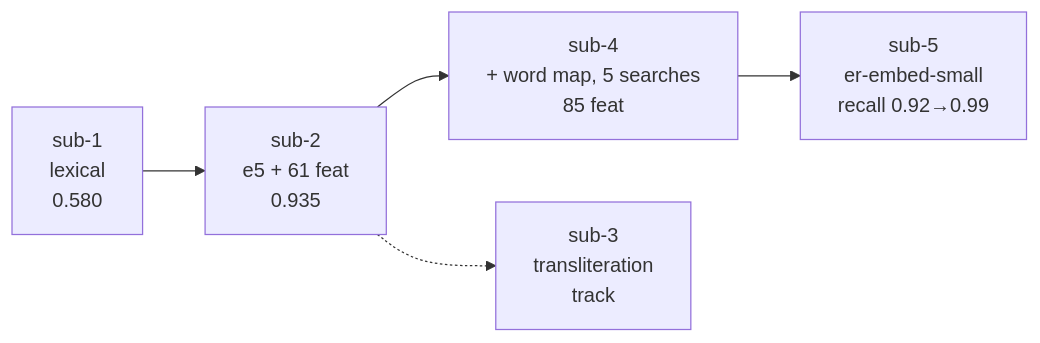
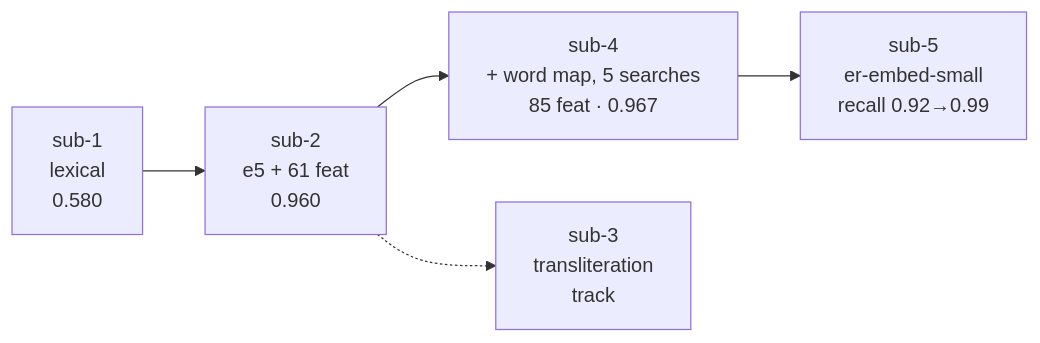
Before and after one commit to Nikunjgoyal07/Amazon-ML-Challenge-2026: the third of 3 diagrams in README.md, drawn with Mermaid. The commit also changed other lines of this file and 35 other files, not shown here.

````diff
--- a/README.md
+++ b/README.md
@@ -131,7 +131,7 @@
 ```mermaid
 flowchart LR
-    S1["sub-1<br/>lexical<br/>0.580"] --> S2["sub-2<br/>e5 + 61 feat<br/>0.935"]
-    S2 --> S4["sub-4<br/>+ word map, 5 searches<br/>85 feat"]
+    S1["sub-1<br/>lexical<br/>0.580"] --> S2["sub-2<br/>e5 + 61 feat<br/>0.960"]
+    S2 --> S4["sub-4<br/>+ word map, 5 searches<br/>85 feat · 0.967"]
     S2 -.-> S3["sub-3<br/>transliteration<br/>track"]
     S4 --> S5["sub-5<br/>er-embed-small<br/>recall 0.92→0.99"]
 ```
````
